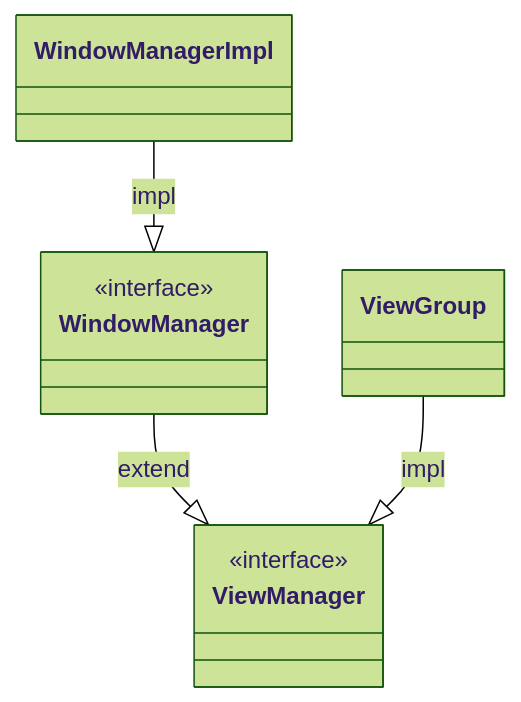
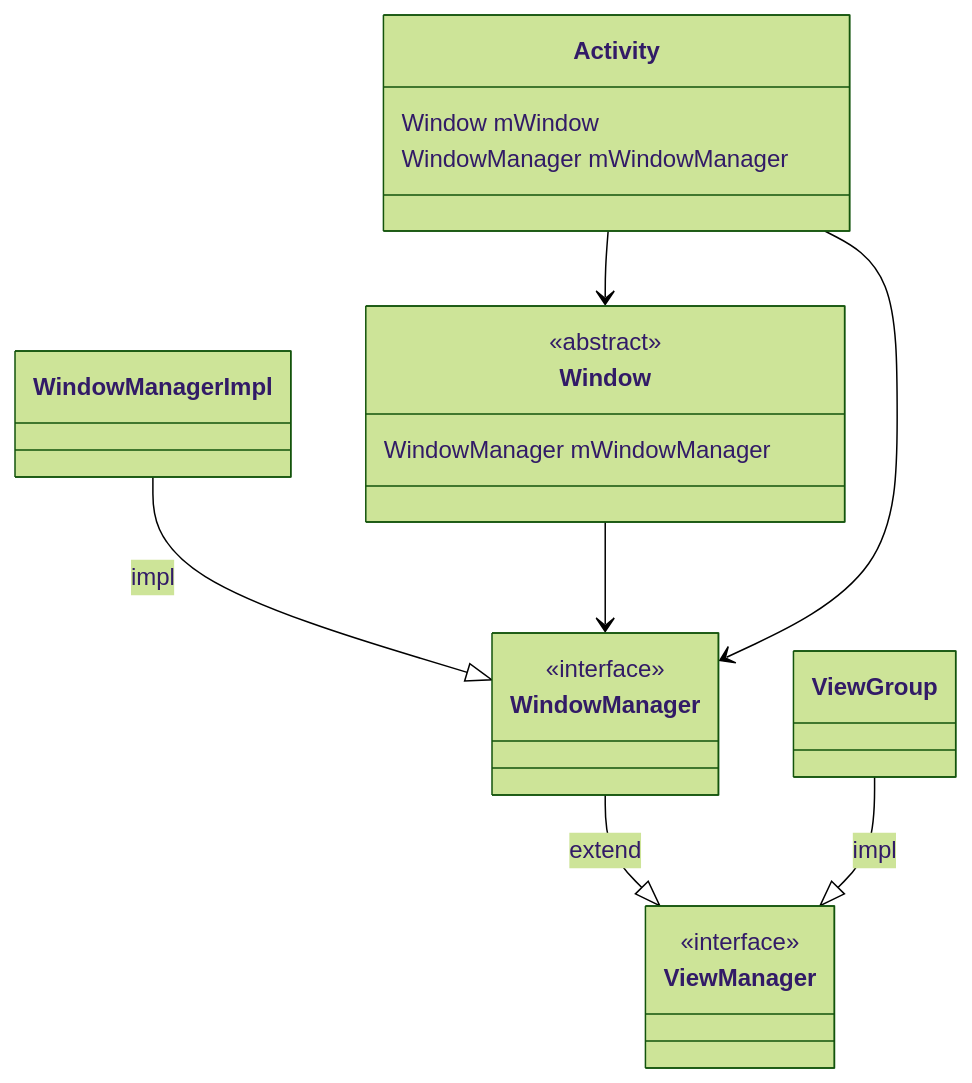
Before and after one commit to swithun-liu/swithun-liu.github.io: the sixth of 6 diagrams in source/_posts/Android/Android窗口机制.md, drawn with Mermaid (forest theme). The commit also changed other lines of this file and 23 other files, not shown here.

````diff
--- a/source/_posts/Android/Android窗口机制.md
+++ b/source/_posts/Android/Android窗口机制.md
@@ -1194,15 +1264,26 @@
 ```mermaid
 classDiagram
 class ViewManager {
     <<interface>>
 }
 class WindowManager {
     <<interface>>
 }
+class Window {
+    <<abstract>>
+    WindowManager mWindowManager
+}
+class Activity {
+    Window mWindow
+    WindowManager mWindowManager
+}
 class ViewGroup
 class WindowManagerImpl
 
 WindowManager --|> ViewManager: extend
 ViewGroup --|> ViewManager: impl
 WindowManagerImpl --|> WindowManager: impl
+Window --> WindowManager
+Activity --> Window
+Activity --> WindowManager
 ```
````
